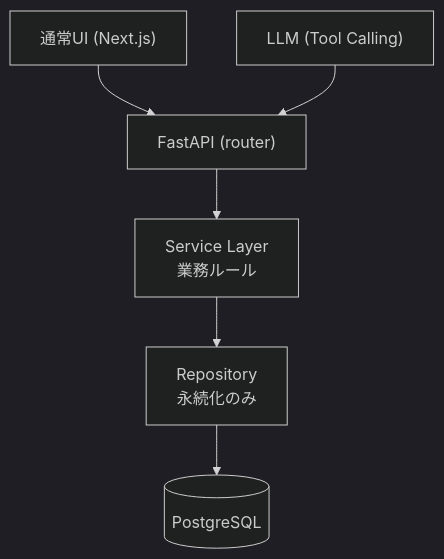
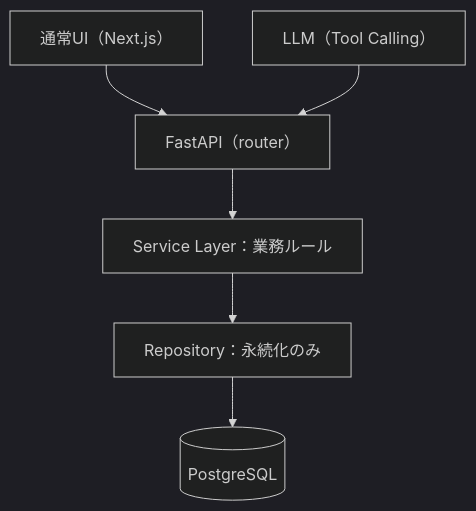
One commit to kanta0414/ai-task-manager changed the first of 3 diagrams in README.md. Above: the diagram before and after it, drawn with Mermaid (dark theme).

Commit message:
README: flowchart 図が GitHub で描画されない問題を修正
GitHub 上で flowchart だけが「Unable to render rich display」になっていた。
同じページ読み込みでシーケンス図は描画されていたため、読み込み障害ではなく
図の内容の問題と判断した。

flowchart にだけ含まれていた2点を除去:
- ノードラベル内の <br/>（GitHub は HTML ラベルを無効にして描画する）
- ラベル内の半角括弧

改行は全角の区切り（：）に、括弧は全角に置き換えた。表示内容は変えていない。

````diff
--- a/README.md
+++ b/README.md
@@ -20,8 +20,8 @@
 ```mermaid
 flowchart TD
-    UI["通常UI (Next.js)"] --> API
-    LLM["LLM (Tool Calling)"] --> API
-    API["FastAPI (router)"] --> SVC["Service Layer<br/>業務ルール"]
-    SVC --> REPO["Repository<br/>永続化のみ"]
+    UI["通常UI（Next.js）"] --> API["FastAPI（router）"]
+    LLM["LLM（Tool Calling）"] --> API
+    API --> SVC["Service Layer：業務ルール"]
+    SVC --> REPO["Repository：永続化のみ"]
     REPO --> DB[(PostgreSQL)]
 ```
````
